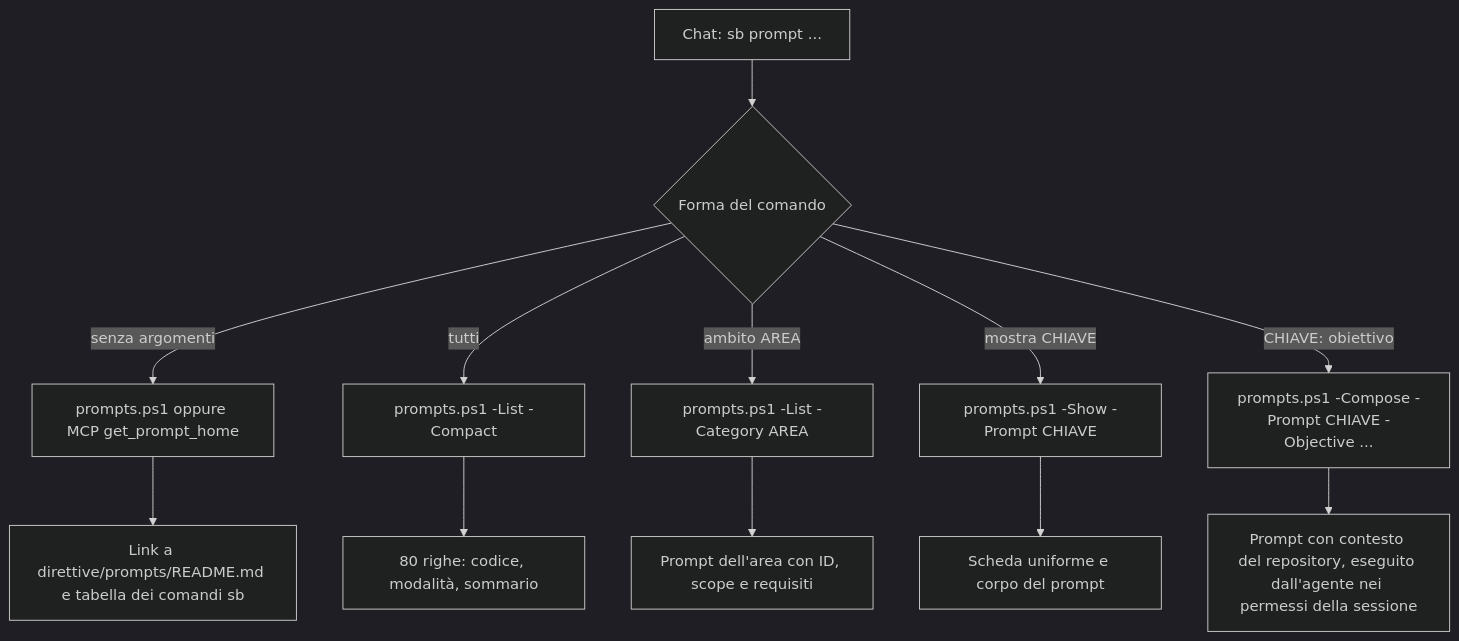
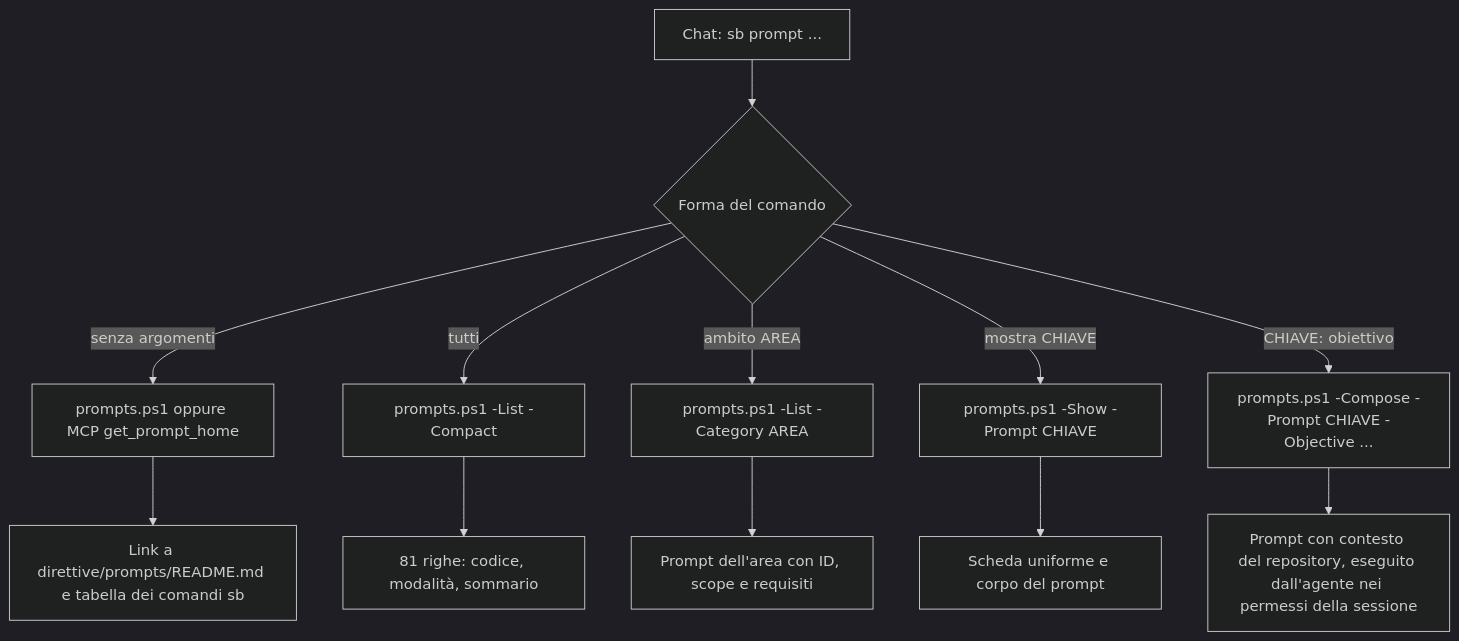
One commit to dennidalpos/secondbrain changed the second of 2 diagrams in docs/riferimento/customizing-prompts-and-directives.md. Above: the diagram before and after it, drawn with Mermaid (dark theme). The commit also changed other lines of this file and 47 other files, not shown here.

````diff
--- a/docs/riferimento/customizing-prompts-and-directives.md
+++ b/docs/riferimento/customizing-prompts-and-directives.md
@@ -237,14 +237,14 @@
 ```mermaid
 flowchart TD
     A["Chat: sb prompt ..."] --> B{"Forma del comando"}
     B -->|"senza argomenti"| C["prompts.ps1 oppure MCP get_prompt_home"]
     B -->|"tutti"| D["prompts.ps1 -List -Compact"]
     B -->|"ambito AREA"| E["prompts.ps1 -List -Category AREA"]
     B -->|"mostra CHIAVE"| F["prompts.ps1 -Show -Prompt CHIAVE"]
     B -->|"CHIAVE: obiettivo"| G["prompts.ps1 -Compose -Prompt CHIAVE -Objective ..."]
     C --> H["Link a direttive/prompts/README.md e tabella dei comandi sb"]
-    D --> I["80 righe: codice, modalità, sommario"]
+    D --> I["81 righe: codice, modalità, sommario"]
     E --> J["Prompt dell'area con ID, scope e requisiti"]
     F --> K["Scheda uniforme e corpo del prompt"]
     G --> L["Prompt con contesto del repository, eseguito dall'agente nei permessi della sessione"]
 ```
````
